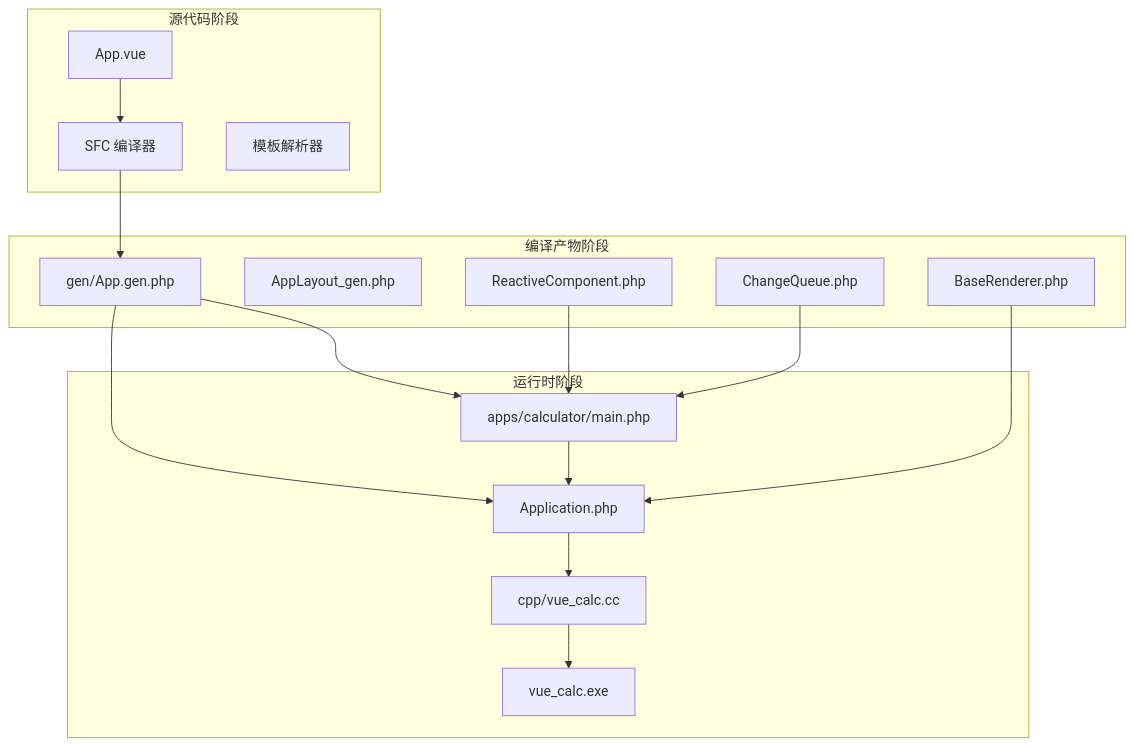
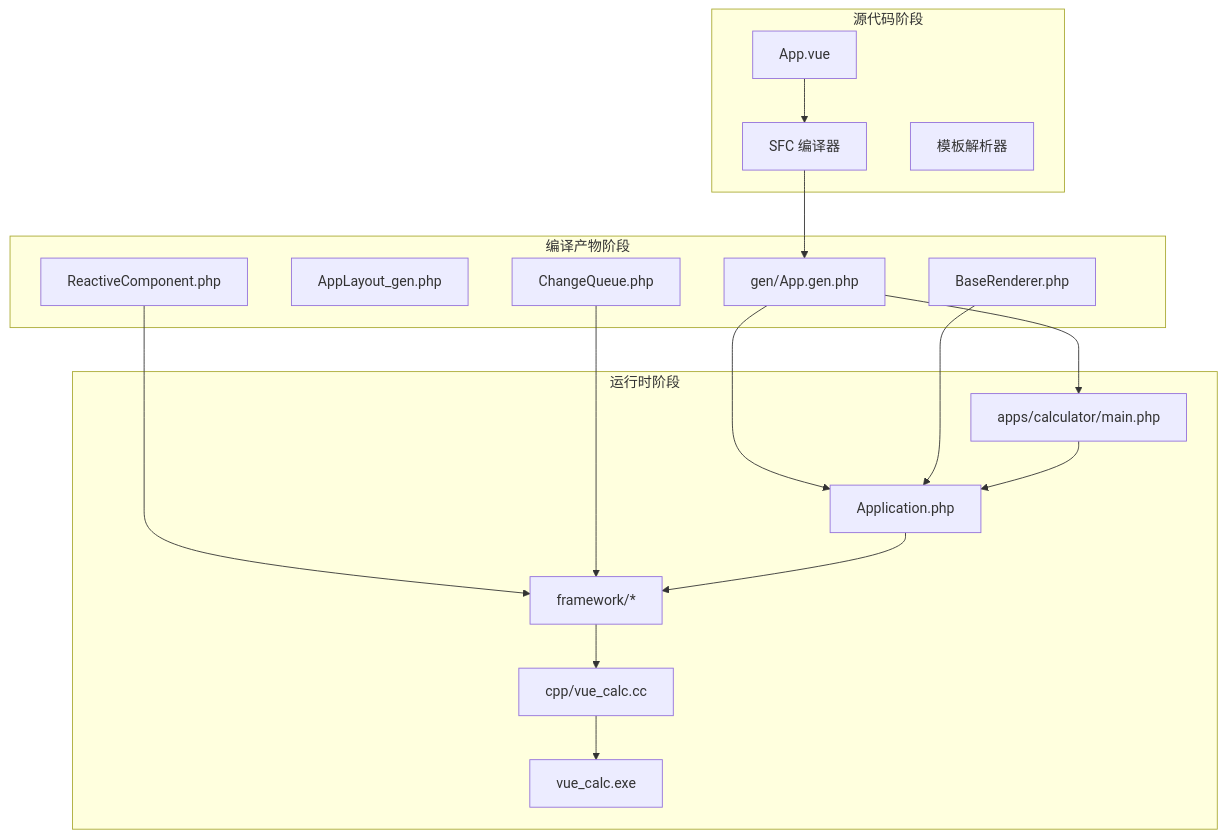
Before and after one commit to xingye00186/PHP-Data-UI-Framework-powered-by-swooleAOT: the first of 7 diagrams in .qoder/repowiki/zh/content/应用程序生命周期/应用程序生命周期.md, drawn with Mermaid. The commit also changed other lines of this file and 37 other files, not shown here.

````diff
--- a/.qoder/repowiki/zh/content/应用程序生命周期/应用程序生命周期.md
+++ b/.qoder/repowiki/zh/content/应用程序生命周期/应用程序生命周期.md
@@ -47,28 +45,29 @@
 ```mermaid
 graph TB
 subgraph "源代码阶段"
 VUE["App.vue"]
 COMPILER["SFC 编译器"]
 TPL["模板解析器"]
 end
 subgraph "编译产物阶段"
 GEN["gen/App.gen.php"]
 LAYOUT["AppLayout_gen.php"]
 RC["ReactiveComponent.php"]
 CQ["ChangeQueue.php"]
 BR["BaseRenderer.php"]
 end
 subgraph "运行时阶段"
 MAIN["apps/calculator/main.php"]
 APP["Application.php"]
+FRAMEWORK["framework/*"]
 CPP["cpp/vue_calc.cc"]
 EXE["vue_calc.exe"]
 end
 VUE --> COMPILER --> GEN
 GEN --> MAIN
 GEN --> APP
-RC --> MAIN
-CQ --> MAIN
+RC --> FRAMEWORK
+CQ --> FRAMEWORK
 BR --> APP
-MAIN --> APP --> CPP --> EXE
+MAIN --> APP --> FRAMEWORK --> CPP --> EXE
 ```
````
